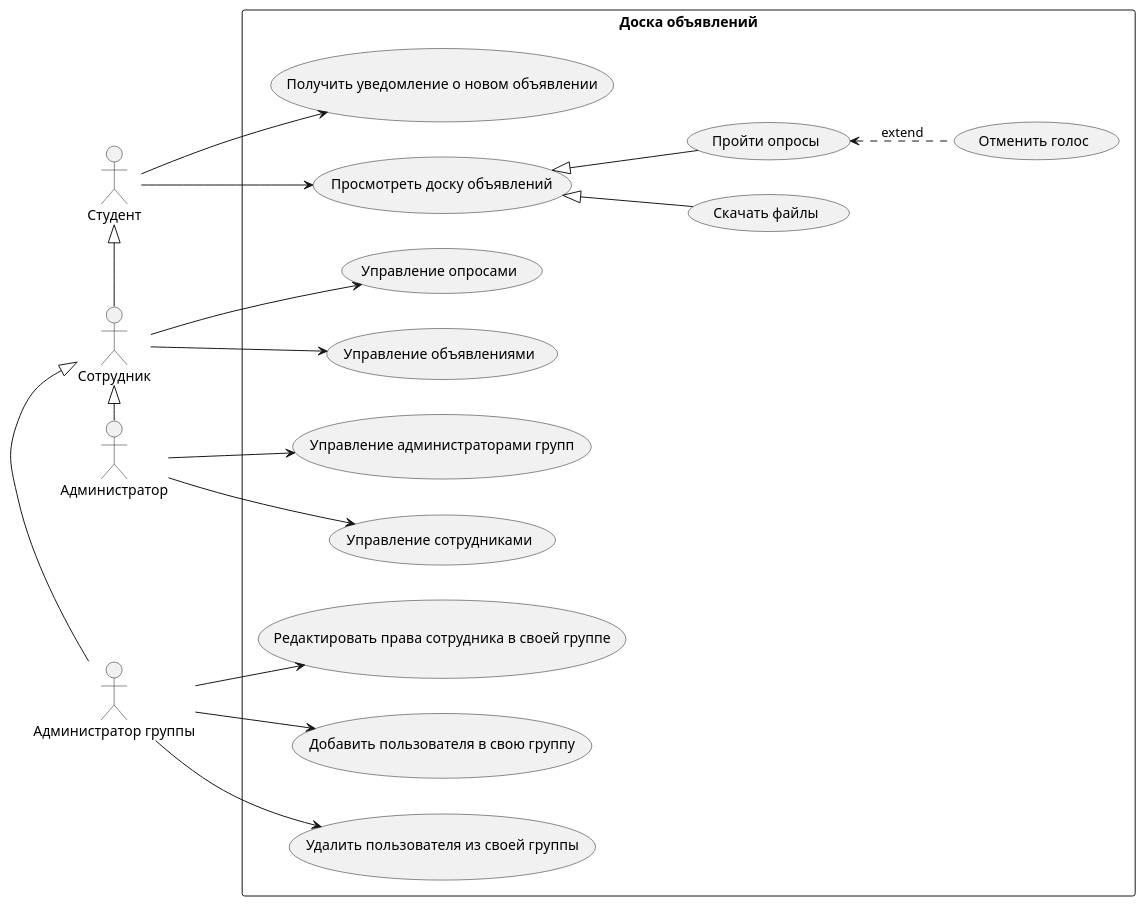
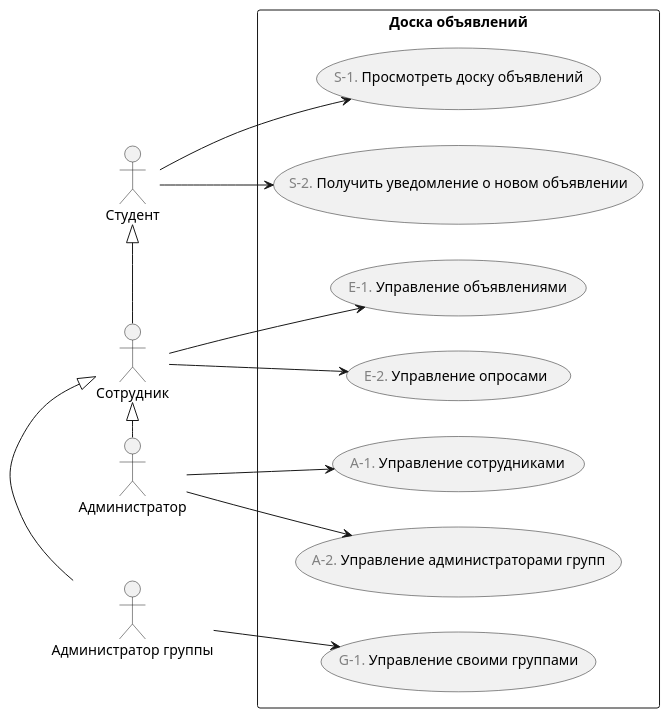
The diagram in doc/Диаграммы/use case/main.puml (astu-app/ASTU-Bulletin-Board-Server), drawn with PlantUML before and after one commit. The commit also changed 10 other files, not shown here.

```diff
--- a/doc/Диаграммы/use case/main.puml
+++ b/doc/Диаграммы/use case/main.puml
@@ -1,41 +1,29 @@
 @startuml
 'https://plantuml.com/use-case-diagram 
 
 left to right direction
 
 :Студент: as student
 :Сотрудник: as employee
 :Администратор группы: as groupAdmin
 :Администратор: as admin
 
 rectangle "Доска объявлений" {
-    student --> (Просмотреть доску объявлений)
-    student --> (Получить уведомление о новом объявлении)
-    
-    (Просмотреть доску объявлений) <|-- (Скачать файлы)
-    (Просмотреть доску объявлений) <|-- (Пройти опросы)
-    
-    (Пройти опросы) <.. (Отменить голос) : extend
-
-
+    student --> (<font color="gray">S-2.</font> Получить уведомление о новом объявлении)
+    student --> (<font color="gray">S-1.</font> Просмотреть доску объявлений)
     
     student <|-r- employee
-    employee --> (Управление объявлениями)
-    employee --> (Управление опросами)
-    
+    employee --> (<font color="gray">E-2.</font> Управление опросами)
+    employee --> (<font color="gray">E-1.</font> Управление объявлениями)
     
     employee <|-r- groupAdmin
-    groupAdmin --> (Добавить пользователя в свою группу)
-    groupAdmin --> (Удалить пользователя из своей группы)
-    groupAdmin --> (Редактировать права сотрудника в своей группе)
-    
-    
+    groupAdmin --> (<font color="gray">G-1.</font> Управление своими группами)
     
     employee <|-r- admin
-    admin --> (Управление сотрудниками)
-    admin --> (Управление администраторами групп) 
+    admin --> (<font color="gray">A-2.</font> Управление администраторами групп) 
+    admin --> (<font color="gray">A-1.</font> Управление сотрудниками)
 }
 
 
 
 @enduml
```
